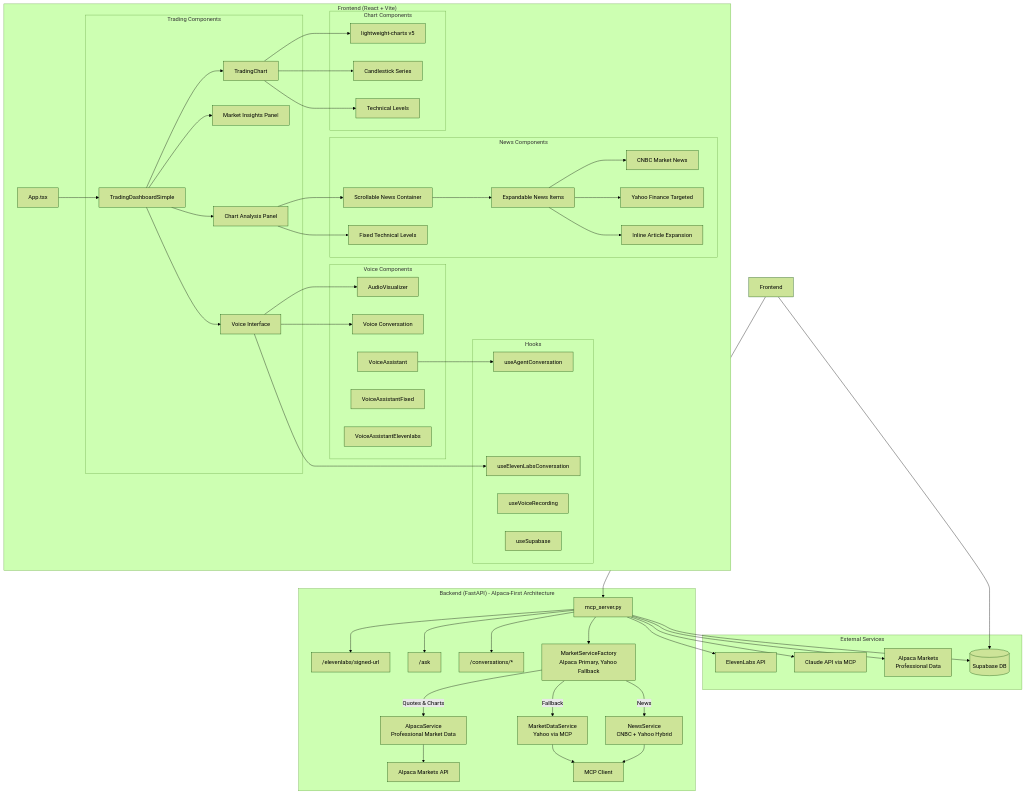
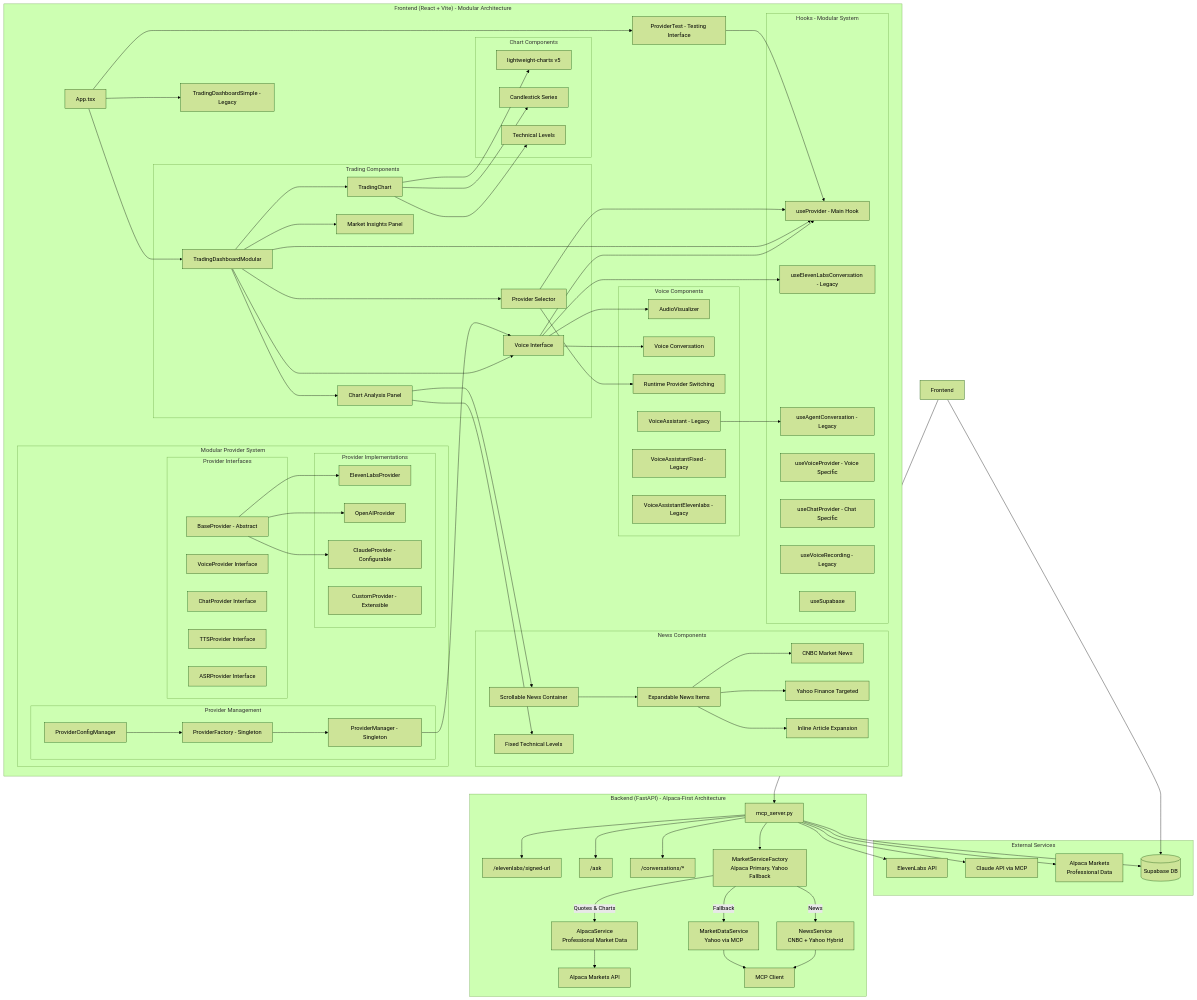
The first of 27 diagrams in mermaid.md (ChipsMetaverse/gvses-market-insights), drawn with Mermaid (forest theme) before and after one commit. The commit also changed 2 other files, not shown here.

Commit message:
Fix voice functionality with modular provider system
- Switch App.tsx to use TradingDashboardModular component
- Add ElevenLabs agent ID to frontend environment
- Fix OpenAIProvider duplicate method warning
- Enable runtime provider switching between ElevenLabs, OpenAI, and Claude

🤖 Generated with Claude Code

````diff
--- a/mermaid.md
+++ b/mermaid.md
@@ -5,22 +5,57 @@
 ```mermaid
 graph TB
-    subgraph "Frontend (React + Vite)"
+    subgraph "Frontend (React + Vite) - Modular Architecture"
         App[App.tsx]
-        App --> TradingDashboardSimple[TradingDashboardSimple]
+        App --> TradingDashboardModular[TradingDashboardModular]
+        App --> TradingDashboardSimple[TradingDashboardSimple - Legacy]
+        App --> ProviderTest[ProviderTest - Testing Interface]
         
         subgraph "Trading Components"
-            TradingDashboardSimple --> TradingChart[TradingChart]
-            TradingDashboardSimple --> MarketInsights[Market Insights Panel]
-            TradingDashboardSimple --> ChartAnalysis[Chart Analysis Panel]
-            TradingDashboardSimple --> VoiceInterface[Voice Interface]
+            TradingDashboardModular --> TradingChart[TradingChart]
+            TradingDashboardModular --> MarketInsights[Market Insights Panel]
+            TradingDashboardModular --> ChartAnalysis[Chart Analysis Panel]
+            TradingDashboardModular --> VoiceInterface[Voice Interface]
+            TradingDashboardModular --> ProviderSelector[Provider Selector]
+        end
+        
+        subgraph "Modular Provider System"
+            subgraph "Provider Interfaces"
+                BaseProvider[BaseProvider - Abstract]
+                VoiceProvider[VoiceProvider Interface]
+                ChatProvider[ChatProvider Interface]
+                TTSProvider[TTSProvider Interface]
+                ASRProvider[ASRProvider Interface]
+            end
+            
+            subgraph "Provider Implementations"
+                ElevenLabsProvider[ElevenLabsProvider]
+                OpenAIProvider[OpenAIProvider]
+                ClaudeProvider[ClaudeProvider - Configurable]
+                CustomProvider[CustomProvider - Extensible]
+            end
+            
+            subgraph "Provider Management"
+                ProviderFactory[ProviderFactory - Singleton]
+                ProviderManager[ProviderManager - Singleton]
+                ProviderConfig[ProviderConfigManager]
+            end
+            
+            BaseProvider --> ElevenLabsProvider
+            BaseProvider --> OpenAIProvider
+            BaseProvider --> ClaudeProvider
+            
+            ProviderFactory --> ProviderManager
+            ProviderConfig --> ProviderFactory
+            ProviderManager --> VoiceInterface
         end
         
         subgraph "Voice Components"
             VoiceInterface --> AudioVisualizer[AudioVisualizer]
             VoiceInterface --> VoiceConversation[Voice Conversation]
-            VoiceAssistantFixed[VoiceAssistantFixed]
-            VoiceAssistant[VoiceAssistant]
-            VoiceAssistantElevenlabs[VoiceAssistantElevenlabs]
+            ProviderSelector --> ProviderSwitching[Runtime Provider Switching]
+            VoiceAssistantFixed[VoiceAssistantFixed - Legacy]
+            VoiceAssistant[VoiceAssistant - Legacy]
+            VoiceAssistantElevenlabs[VoiceAssistantElevenlabs - Legacy]
         end
         
         subgraph "Chart Components"
@@ -38,12 +73,20 @@
             ChartAnalysis --> FixedTechnicals[Fixed Technical Levels]
         end
         
-        subgraph "Hooks"
-            useElevenLabsConversation[useElevenLabsConversation]
-            useAgentConversation[useAgentConversation]
-            useVoiceRecording[useVoiceRecording]
+        subgraph "Hooks - Modular System"
+            useProvider[useProvider - Main Hook]
+            useVoiceProvider[useVoiceProvider - Voice Specific]
+            useChatProvider[useChatProvider - Chat Specific]
+            useElevenLabsConversation[useElevenLabsConversation - Legacy]
+            useAgentConversation[useAgentConversation - Legacy]
+            useVoiceRecording[useVoiceRecording - Legacy]
             useSupabase[useSupabase]
         end
+        
+        VoiceInterface --> useProvider
+        TradingDashboardModular --> useProvider
+        ProviderSelector --> useProvider
+        ProviderTest --> useProvider
         
         VoiceInterface --> useElevenLabsConversation
         VoiceAssistant --> useAgentConversation
````
